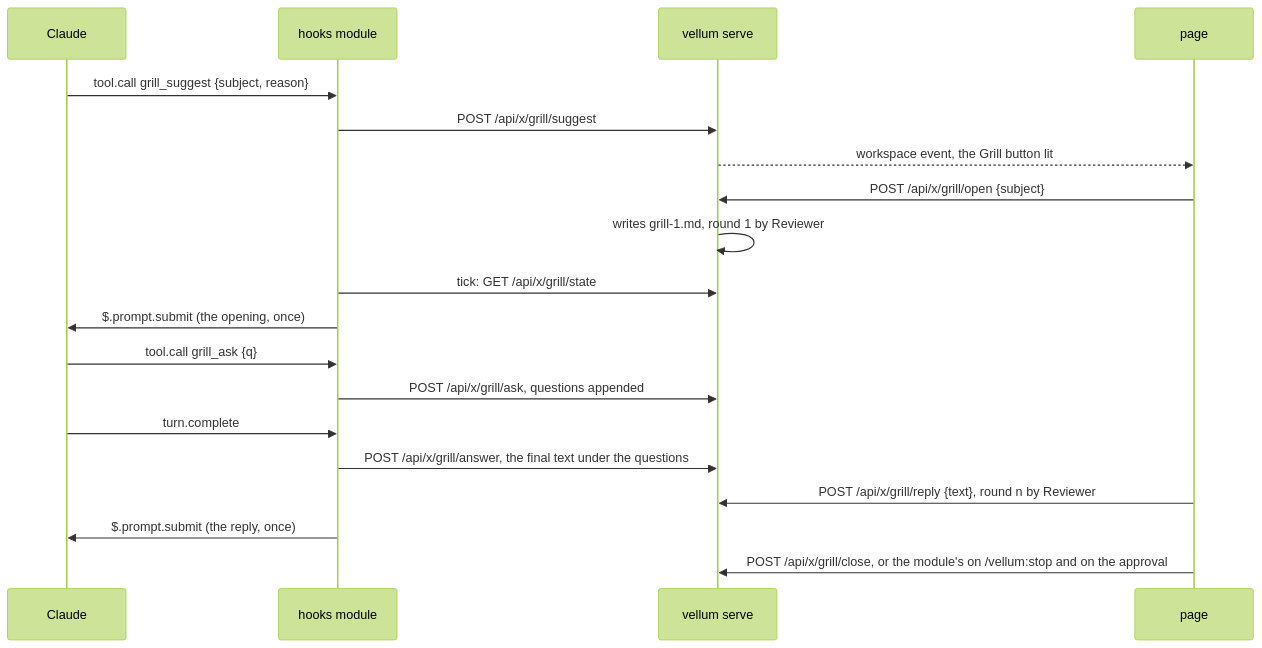
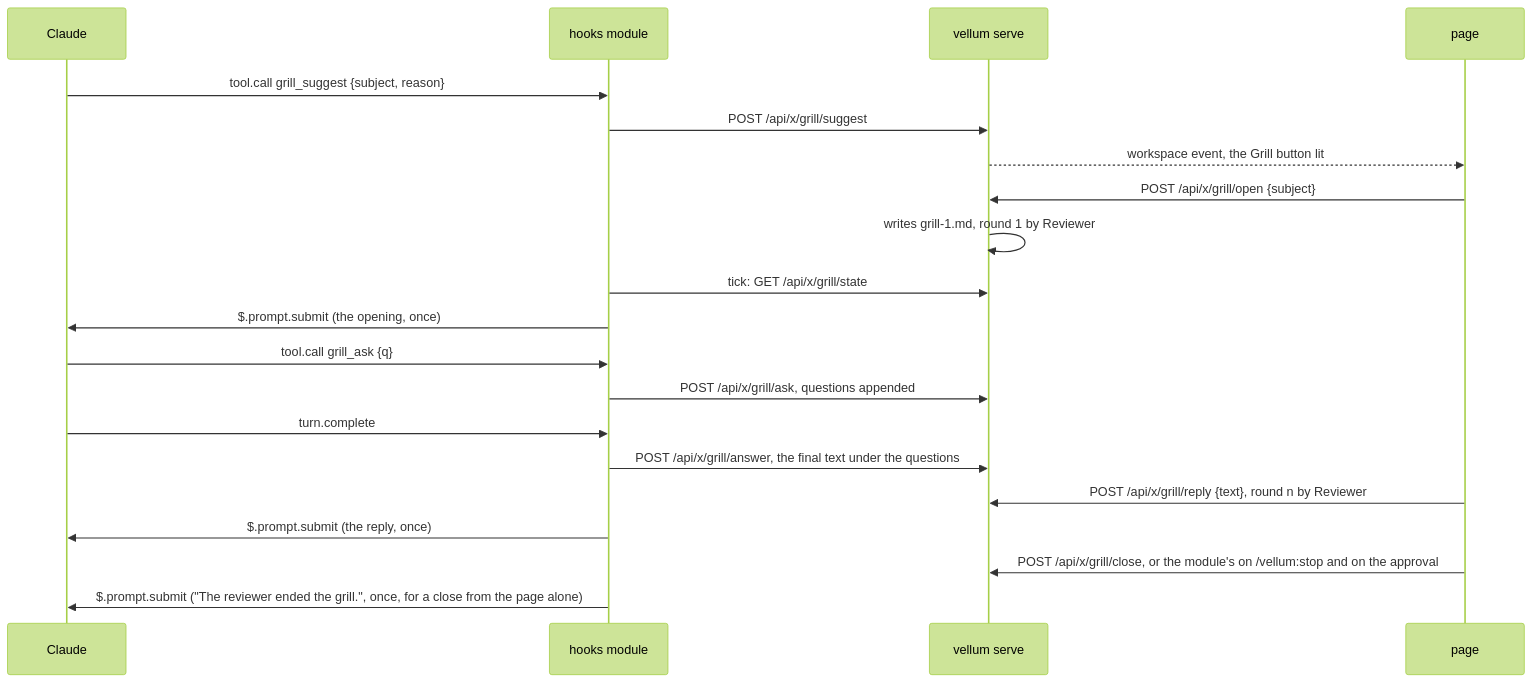
One commit to bengous/claude-code-plugins changed the third of 5 diagrams in vellum/docs/architecture.md. Above: the diagram before and after it, drawn with Mermaid (forest theme). The commit also changed other lines of this file and 9 other files, not shown here.

First line of the commit message:
fix(vellum): tell Claude when the reviewer ends a grill from the page

````diff
--- a/vellum/docs/architecture.md
+++ b/vellum/docs/architecture.md
@@ -116,21 +116,22 @@
 ```mermaid
 sequenceDiagram
   participant C as Claude
   participant M as hooks module
   participant S as vellum serve
   participant P as page
   C->>M: tool.call grill_suggest {subject, reason}
   M->>S: POST /api/x/grill/suggest
   S-->>P: workspace event, the Grill button lit
   P->>S: POST /api/x/grill/open {subject}
   S->>S: writes grill-1.md, round 1 by Reviewer
   M->>S: tick: GET /api/x/grill/state
   M->>C: $.prompt.submit (the opening, once)
   C->>M: tool.call grill_ask {q}
   M->>S: POST /api/x/grill/ask, questions appended
   C->>M: turn.complete
   M->>S: POST /api/x/grill/answer, the final text under the questions
   P->>S: POST /api/x/grill/reply {text}, round n by Reviewer
   M->>C: $.prompt.submit (the reply, once)
   P->>S: POST /api/x/grill/close, or the module's on /vellum:stop and on the approval
+  M->>C: $.prompt.submit ("The reviewer ended the grill.", once, for a close from the page alone)
 ```
````
